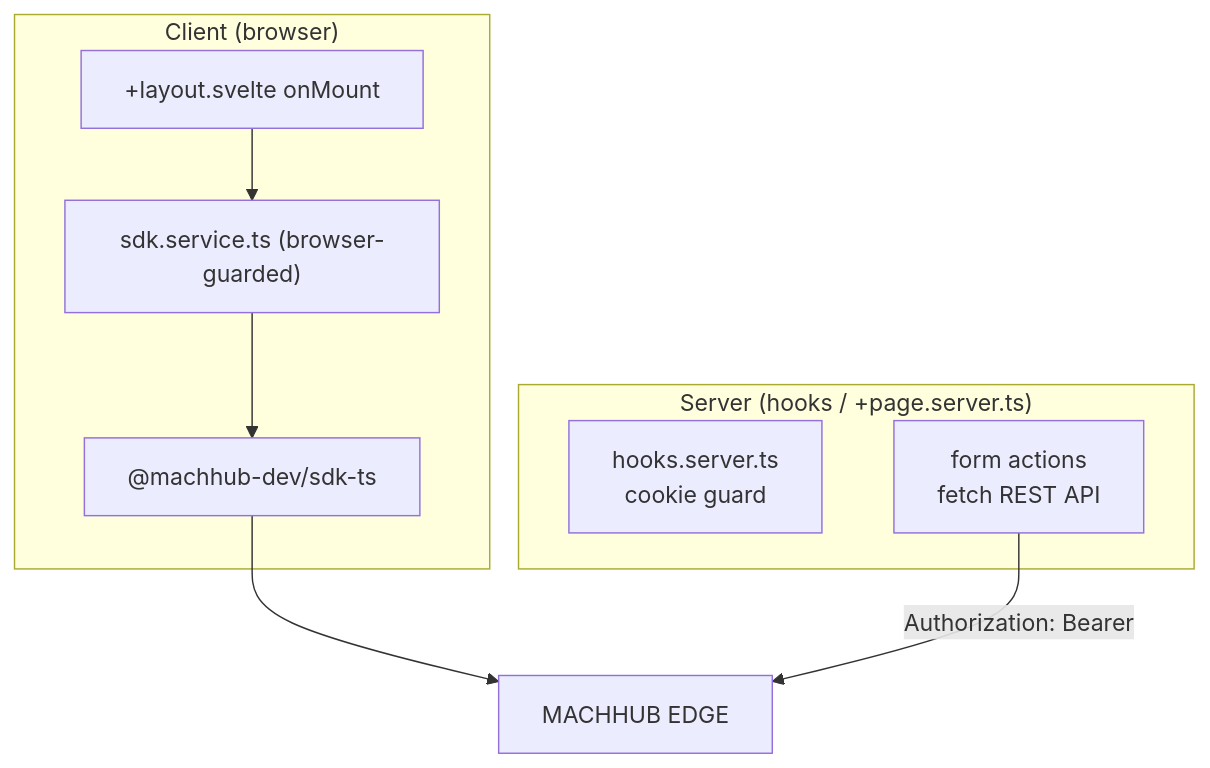
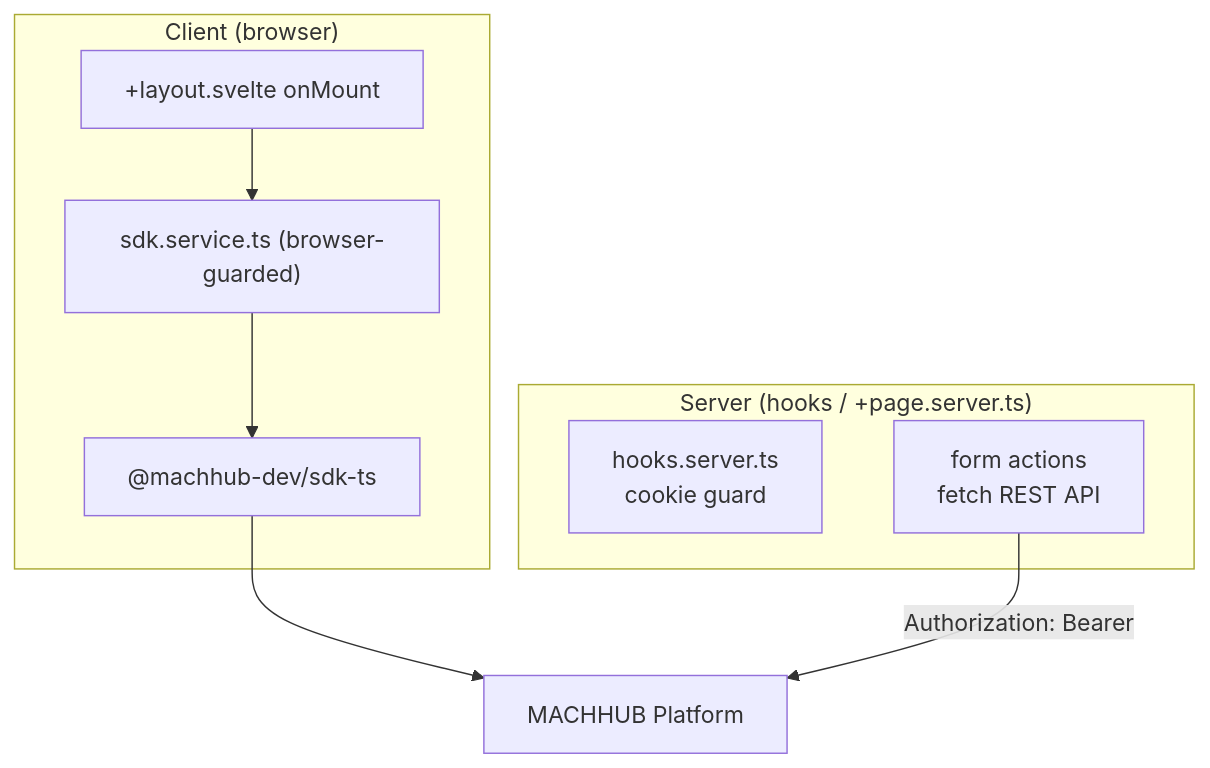
The third of 3 diagrams in src/content/docs/frameworks/sveltekit-svelte.md (machhub-dev/docs), drawn with Mermaid before and after one commit. The commit also changed 24 other files, not shown here.

First line of the commit message:
docs: rename product from "MACHHUB EDGE" to "MACHHUB Platform"

````diff
--- a/src/content/docs/frameworks/sveltekit-svelte.md
+++ b/src/content/docs/frameworks/sveltekit-svelte.md
@@ -536,12 +536,12 @@
 ```mermaid
 flowchart TB
   subgraph Client["Client (browser)"]
     L["+layout.svelte onMount"] --> Svc["sdk.service.ts (browser-guarded)"] --> SDKpkg["@machhub-dev/sdk-ts"]
   end
   subgraph ServerSide["Server (hooks / +page.server.ts)"]
     H["hooks.server.ts\ncookie guard"]
     A["form actions\nfetch REST API"]
   end
-  SDKpkg --> EDGE["MACHHUB EDGE"]
+  SDKpkg --> EDGE["MACHHUB Platform"]
   A -- "Authorization: Bearer" --> EDGE
 ```
````
